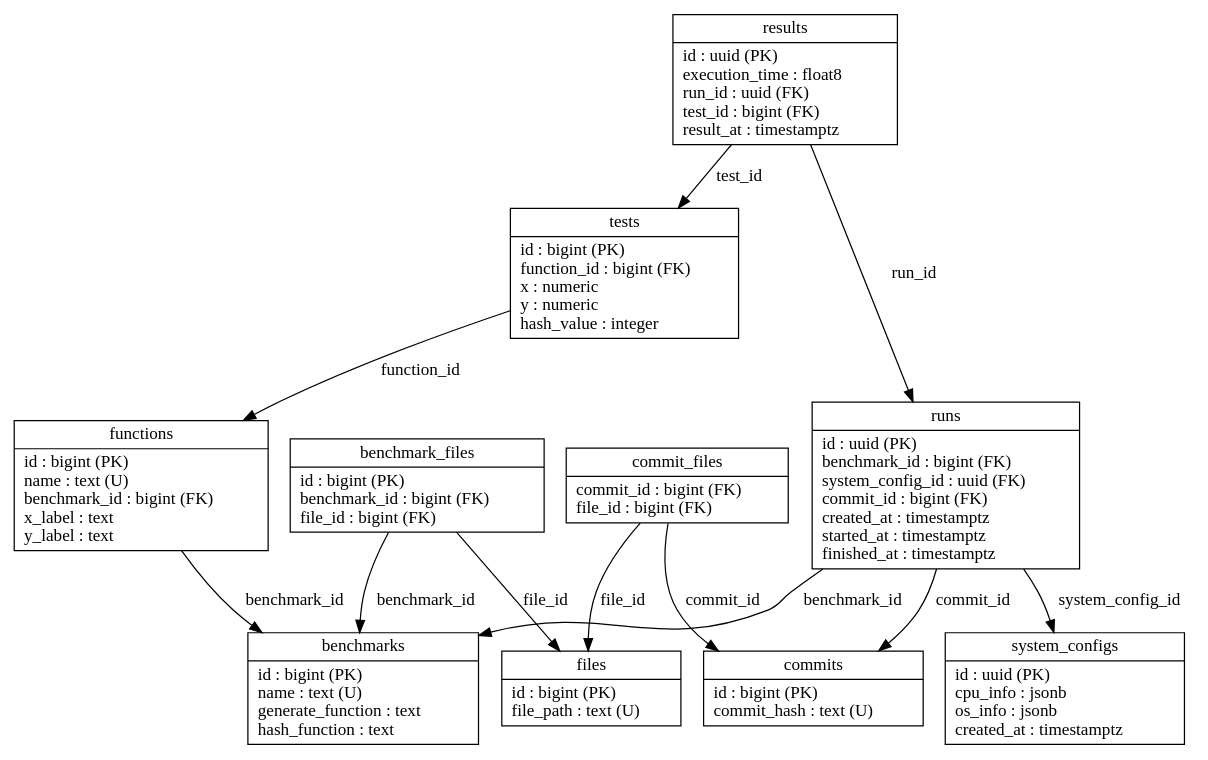
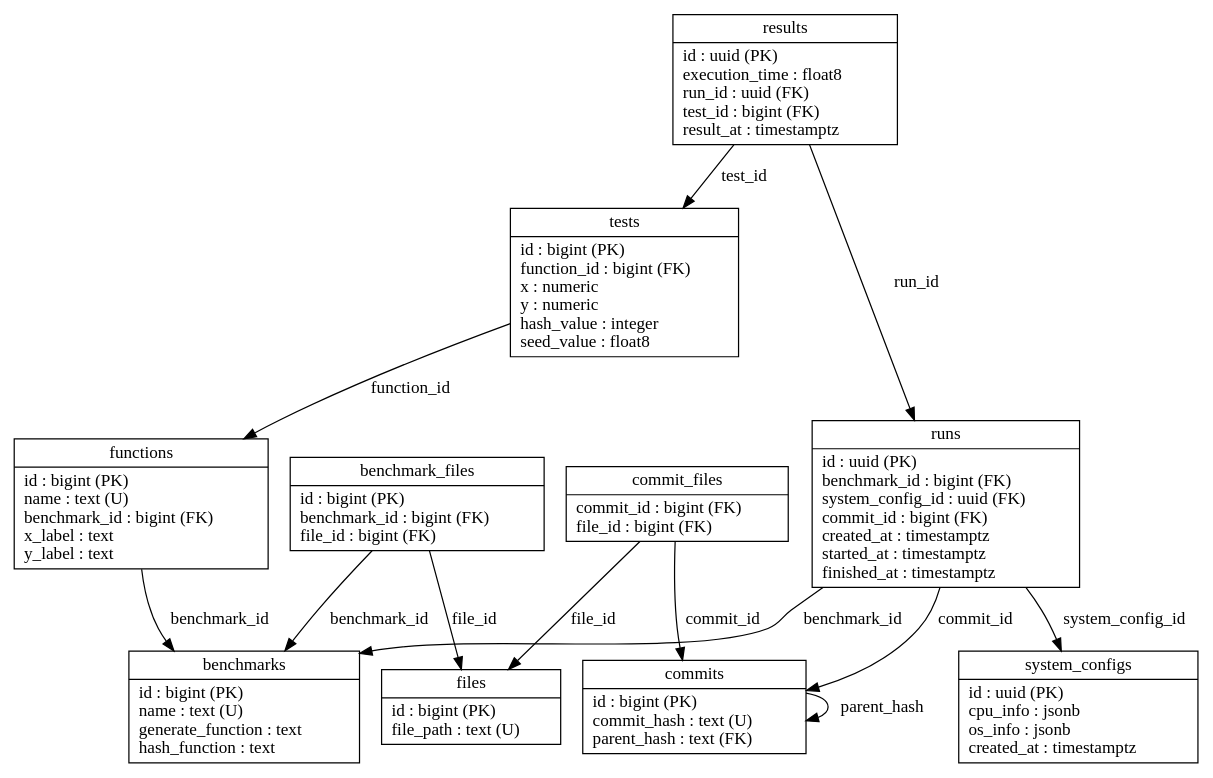
One commit to joelonsql/pg-catbench changed the diagram in docs/data-model.dot. Above: the diagram before and after it, drawn with Graphviz. The commit also changed 9 other files, not shown here.

```diff
--- a/docs/data-model.dot
+++ b/docs/data-model.dot
@@ -1,27 +1,28 @@
 digraph pg_catbench {
     node [shape=record];
 
     benchmarks [label="{benchmarks|id : bigint (PK)\lname : text (U)\lgenerate_function : text\lhash_function : text\l}"];
     benchmark_files [label="{benchmark_files|id : bigint (PK)\lbenchmark_id : bigint (FK)\lfile_id : bigint (FK)\l}"];
     functions [label="{functions|id : bigint (PK)\lname : text (U)\lbenchmark_id : bigint (FK)\lx_label : text\ly_label : text\l}"];
     system_configs [label="{system_configs|id : uuid (PK)\lcpu_info : jsonb\los_info : jsonb\lcreated_at : timestamptz\l}"];
     results [label="{results|id : uuid (PK)\lexecution_time : float8\lrun_id : uuid (FK)\ltest_id : bigint (FK)\lresult_at : timestamptz\l}"];
     runs [label="{runs|id : uuid (PK)\lbenchmark_id : bigint (FK)\lsystem_config_id : uuid (FK)\lcommit_id : bigint (FK)\lcreated_at : timestamptz\lstarted_at : timestamptz\lfinished_at : timestamptz\l}"];
-    tests [label="{tests|id : bigint (PK)\lfunction_id : bigint (FK)\lx : numeric\ly : numeric\lhash_value : integer\l}"];
-    commits [label="{commits|id : bigint (PK)\lcommit_hash : text (U)\l}"];
+    tests [label="{tests|id : bigint (PK)\lfunction_id : bigint (FK)\lx : numeric\ly : numeric\lhash_value : integer\lseed_value : float8\l}"];
+    commits [label="{commits|id : bigint (PK)\lcommit_hash : text (U)\lparent_hash : text (FK)\l}"];
     files [label="{files|id : bigint (PK)\lfile_path : text (U)\l}"];
     commit_files [label="{commit_files|commit_id : bigint (FK)\lfile_id : bigint (FK)\l}"];
 
     // Relationships
     benchmark_files -> benchmarks [label="benchmark_id"];
     benchmark_files -> files [label="file_id"];
     functions -> benchmarks [label="benchmark_id"];
     results -> runs [label="run_id"];
     results -> tests [label="test_id"];
     runs -> benchmarks [label="benchmark_id"];
     runs -> system_configs [label="system_config_id"];
     runs -> commits [label="commit_id"];
     tests -> functions [label="function_id"];
     commit_files -> commits [label="commit_id"];
     commit_files -> files [label="file_id"];
+    commits -> commits [label="parent_hash"];
 }
```
